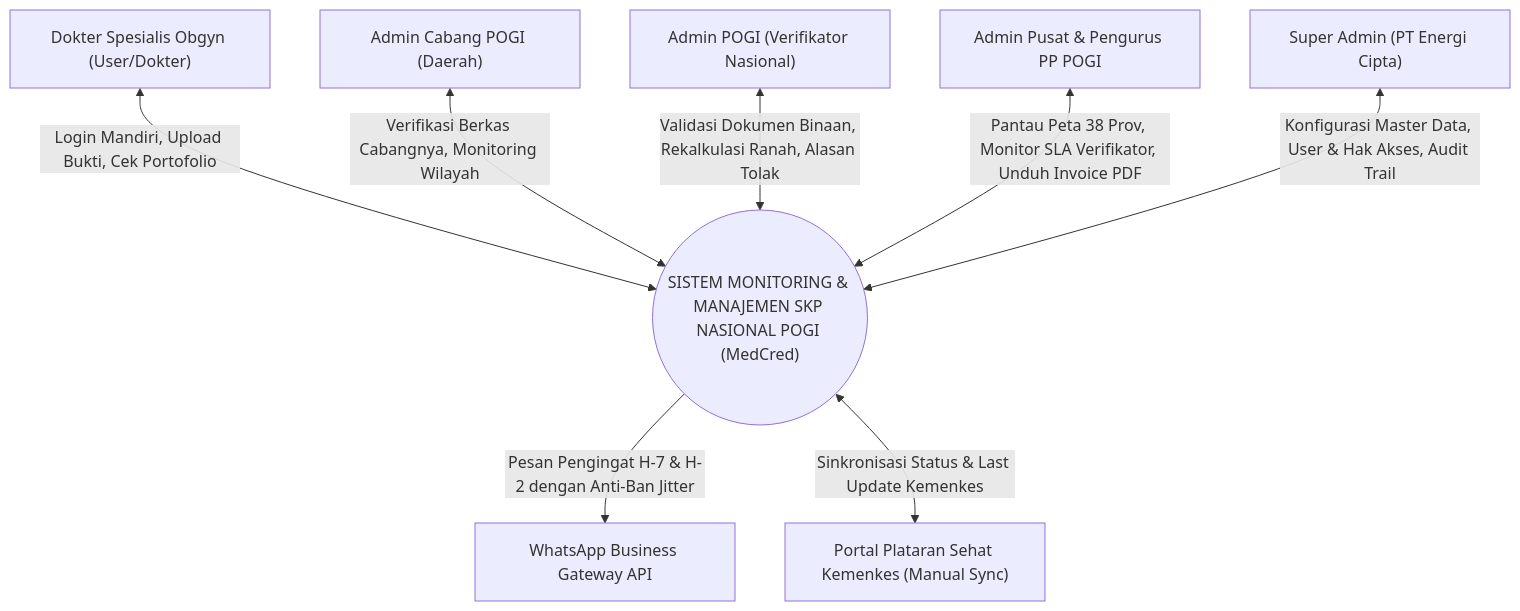
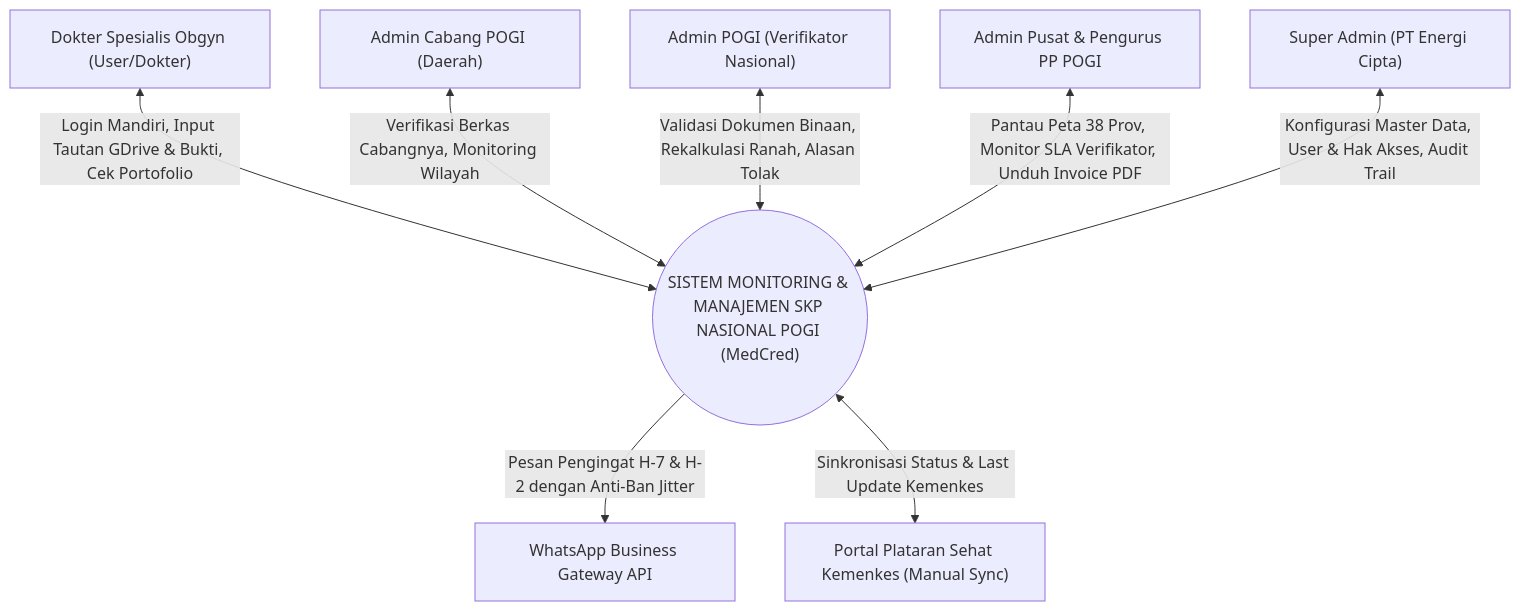
One commit to echoTech187/pogi-spk-tracker changed the third of 8 diagrams in ARCHITECTURE.md. Above: the diagram before and after it, drawn with Mermaid. The commit also changed other lines of this file and 7 other files, not shown here.

````diff
--- a/ARCHITECTURE.md
+++ b/ARCHITECTURE.md
@@ -260,20 +267,20 @@
 ```mermaid
 flowchart TD
     DOKTER["Dokter Spesialis Obgyn (User/Dokter)"]
     CABANG["Admin Cabang POGI (Daerah)"]
     VERIF["Admin POGI (Verifikator Nasional)"]
     PUSAT["Admin Pusat & Pengurus PP POGI"]
     SUPER["Super Admin (PT Energi Cipta)"]
     WAGW["WhatsApp Business Gateway API"]
     KEMENKES["Portal Plataran Sehat Kemenkes (Manual Sync)"]
 
     SYS(("SISTEM MONITORING & MANAJEMEN SKP NASIONAL POGI (MedCred)"))
 
-    DOKTER <-->|Login Mandiri, Upload Bukti, Cek Portofolio| SYS
+    DOKTER <-->|Login Mandiri, Input Tautan GDrive & Bukti, Cek Portofolio| SYS
     CABANG <-->|Verifikasi Berkas Cabangnya, Monitoring Wilayah| SYS
     VERIF <-->|Validasi Dokumen Binaan, Rekalkulasi Ranah, Alasan Tolak| SYS
     PUSAT <-->|Pantau Peta 38 Prov, Monitor SLA Verifikator, Unduh Invoice PDF| SYS
     SUPER <-->|Konfigurasi Master Data, User & Hak Akses, Audit Trail| SYS
     SYS -->|Pesan Pengingat H-7 & H-2 dengan Anti-Ban Jitter| WAGW
     SYS <-->|Sinkronisasi Status & Last Update Kemenkes| KEMENKES
 ```
````
